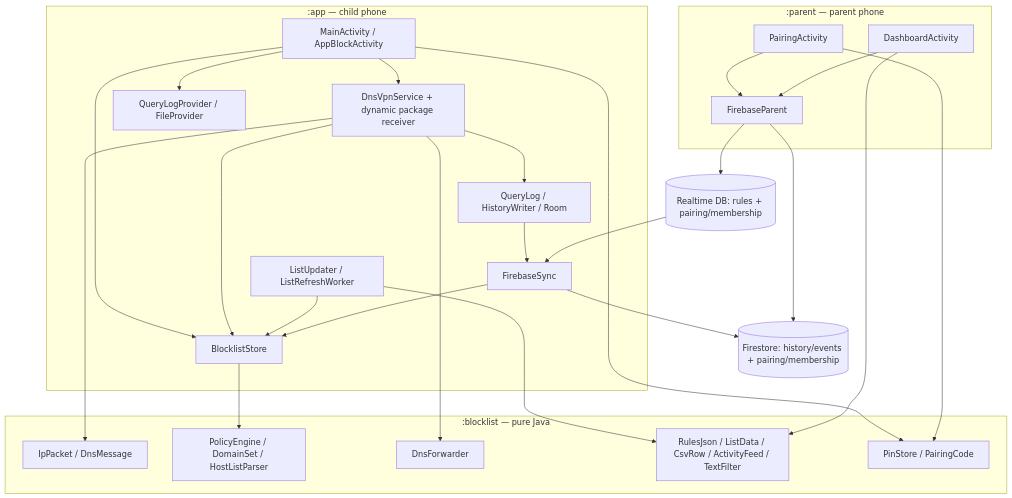
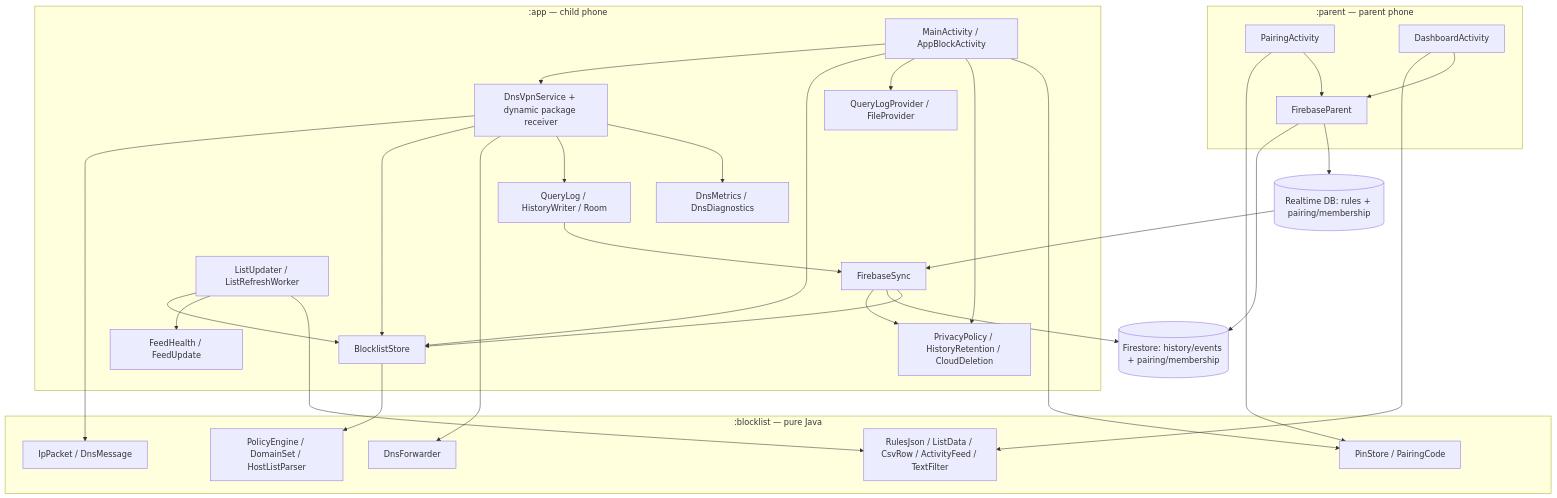
One commit to STARFALL088/Tracewall changed the first of 2 diagrams in docs/REPORT.md. Above: the diagram before and after it, drawn with Mermaid. The commit also changed other lines of this file and 6 other files, not shown here.

First line of the commit message:
docs: reconcile privacy, diagnostics, feeds and final verification

````diff
--- a/docs/REPORT.md
+++ b/docs/REPORT.md
@@ -18,42 +19,49 @@
 ```mermaid
 flowchart TB
     subgraph JVM[":blocklist — pure Java"]
         Codec[IpPacket / DnsMessage]
         Policy[PolicyEngine / DomainSet / HostListParser]
         Forward[DnsForwarder]
         Data[RulesJson / ListData / CsvRow / ActivityFeed / TextFilter]
         Security[PinStore / PairingCode]
     end
     subgraph Child[":app — child phone"]
         UI[MainActivity / AppBlockActivity]
         VPN[DnsVpnService + dynamic package receiver]
         Store[BlocklistStore]
         History[QueryLog / HistoryWriter / Room]
         Sync[FirebaseSync]
+        PrivacyP[PrivacyPolicy / HistoryRetention / CloudDeletion]
+        Diagnostics[DnsMetrics / DnsDiagnostics]
+        Health[FeedHealth / FeedUpdate]
         Refresh[ListUpdater / ListRefreshWorker]
         Providers[QueryLogProvider / FileProvider]
     end
     subgraph Parent[":parent — parent phone"]
         Pair[PairingActivity]
         Dashboard[DashboardActivity]
         ParentSync[FirebaseParent]
     end
     UI --> VPN
     UI --> Store --> Policy
     VPN --> Codec
     VPN --> Store
     VPN --> Forward
     VPN --> History --> Sync
+    VPN --> Diagnostics
     UI --> Providers
+    UI --> PrivacyP
+    Sync --> PrivacyP
     Refresh --> Store
+    Refresh --> Health
     Refresh --> Data
     UI --> Security
     Pair --> Security
     Dashboard --> Data
     Pair --> ParentSync
     Dashboard --> ParentSync
     Sync --> FS[(Firestore: history/events + pairing/membership)]
     ParentSync --> FS
     ParentSync --> RT[(Realtime DB: rules + pairing/membership)]
     RT --> Sync --> Store
 ```
````
